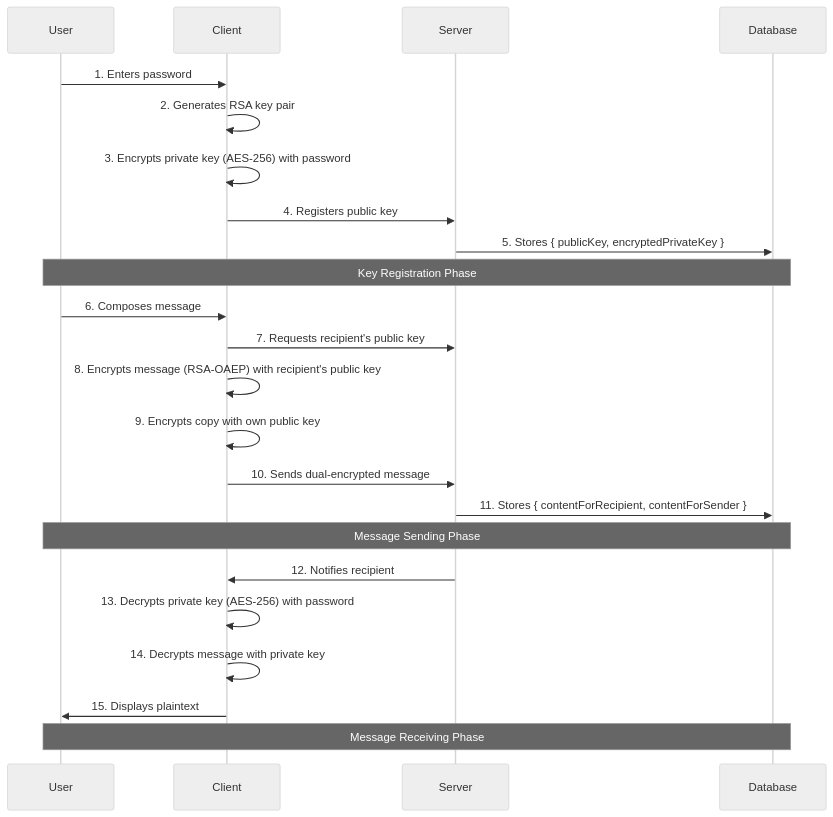
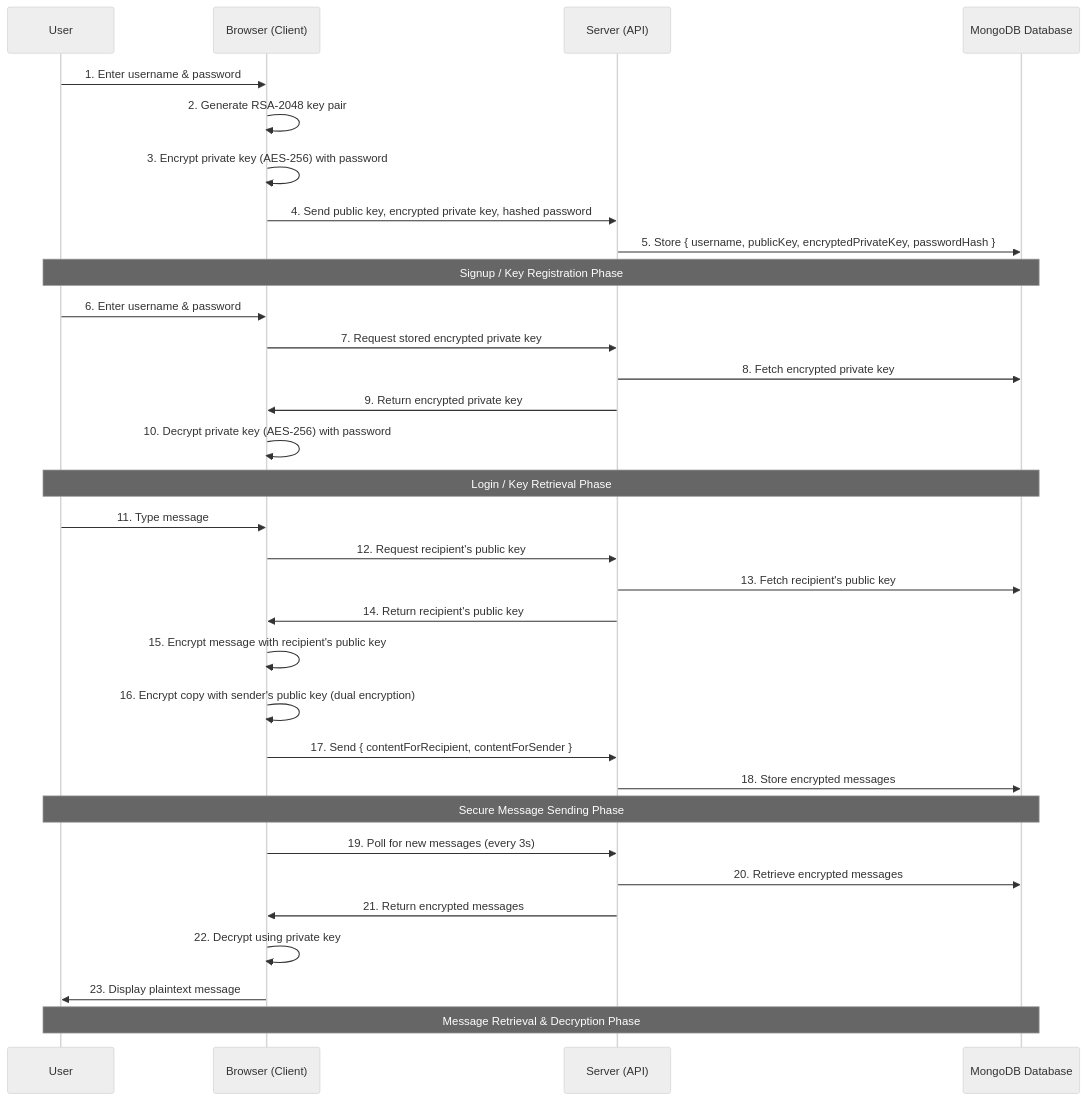
The diagram in README.md (mahfuz271/cryptchat), drawn with Mermaid (neutral theme) before and after one commit. The commit also changed 6 other files, not shown here.

Commit message:
updated auto new chat mesage fetch & privateKey stored on local

````diff
--- a/README.md
+++ b/README.md
@@ -31,31 +31,46 @@
 ```mermaid
 sequenceDiagram
-    participant User
-    participant Client
-    participant Server
-    participant Database
+    participant User as User
+    participant Browser as Browser (Client)
+    participant Server as Server (API)
+    participant DB as MongoDB Database
 
-    User->>Client: 1. Enters password
-    Client->>Client: 2. Generates RSA key pair
-    Client->>Client: 3. Encrypts private key (AES-256) with password
-    Client->>Server: 4. Registers public key
-    Server->>Database: 5. Stores { publicKey, encryptedPrivateKey }
-    
-    Note over User,Database: Key Registration Phase
-    
-    User->>Client: 6. Composes message
-    Client->>Server: 7. Requests recipient's public key
-    Client->>Client: 8. Encrypts message (RSA-OAEP) with recipient's public key
-    Client->>Client: 9. Encrypts copy with own public key
-    Client->>Server: 10. Sends dual-encrypted message
-    Server->>Database: 11. Stores { contentForRecipient, contentForSender }
-    
-    Note over User,Database: Message Sending Phase
-    
-    Server->>Client: 12. Notifies recipient
-    Client->>Client: 13. Decrypts private key (AES-256) with password
-    Client->>Client: 14. Decrypts message with private key
-    Client->>User: 15. Displays plaintext
-    
-    Note over User,Database: Message Receiving Phase
+    %% --- Signup Phase ---
+    User->>Browser: 1. Enter username & password
+    Browser->>Browser: 2. Generate RSA-2048 key pair
+    Browser->>Browser: 3. Encrypt private key (AES-256) with password
+    Browser->>Server: 4. Send public key, encrypted private key, hashed password
+    Server->>DB: 5. Store { username, publicKey, encryptedPrivateKey, passwordHash }
+
+    Note over User,DB: Signup / Key Registration Phase
+
+    %% --- Login Phase ---
+    User->>Browser: 6. Enter username & password
+    Browser->>Server: 7. Request stored encrypted private key
+    Server->>DB: 8. Fetch encrypted private key
+    Server->>Browser: 9. Return encrypted private key
+    Browser->>Browser: 10. Decrypt private key (AES-256) with password
+
+    Note over User,DB: Login / Key Retrieval Phase
+
+    %% --- Sending a Message ---
+    User->>Browser: 11. Type message
+    Browser->>Server: 12. Request recipient's public key
+    Server->>DB: 13. Fetch recipient's public key
+    Server->>Browser: 14. Return recipient's public key
+    Browser->>Browser: 15. Encrypt message with recipient's public key
+    Browser->>Browser: 16. Encrypt copy with sender's public key (dual encryption)
+    Browser->>Server: 17. Send { contentForRecipient, contentForSender }
+    Server->>DB: 18. Store encrypted messages
+
+    Note over User,DB: Secure Message Sending Phase
+
+    %% --- Receiving a Message ---
+    Browser->>Server: 19. Poll for new messages (every 3s)
+    Server->>DB: 20. Retrieve encrypted messages
+    Server->>Browser: 21. Return encrypted messages
+    Browser->>Browser: 22. Decrypt using private key
+    Browser->>User: 23. Display plaintext message
+
+    Note over User,DB: Message Retrieval & Decryption Phase
 ```
````
